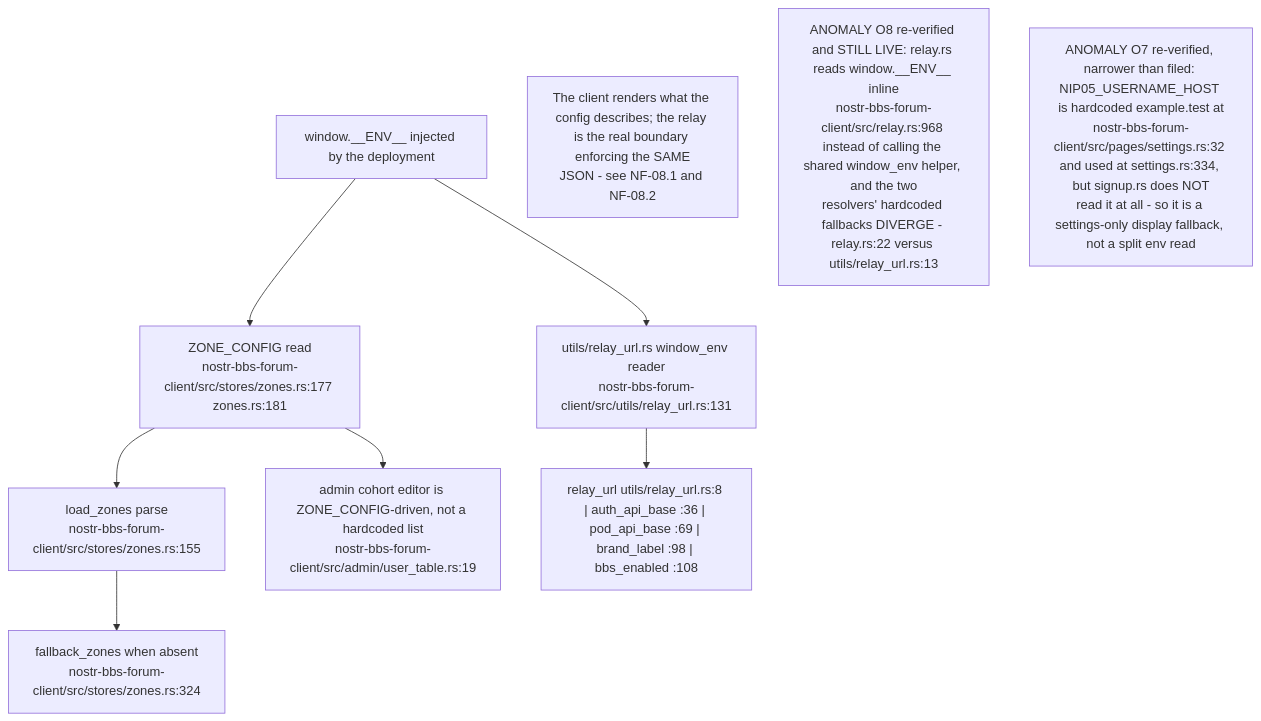
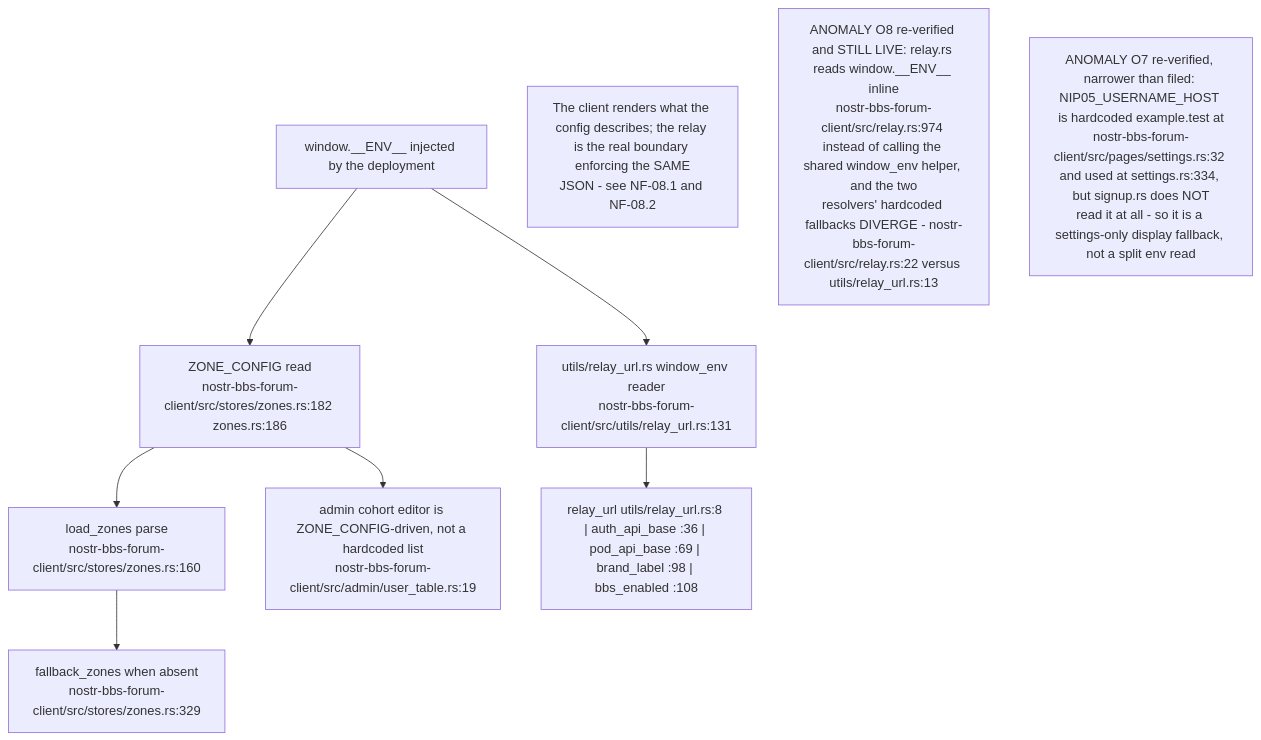
The seventh of 16 diagrams in docs/diagrams/nostr-rust-forum/05-leptos-clients-onboarding-messaging-governance.md (DreamLab-AI/VisionFlow), drawn with Mermaid before and after one commit. The commit also changed other lines of this file and 136 other files, not shown here.

First line of the commit message:
docs(diagrams): refresh the whole corpus to code HEAD and prune low-value diagrams

````diff
--- a/docs/diagrams/nostr-rust-forum/05-leptos-clients-onboarding-messaging-governance.md
+++ b/docs/diagrams/nostr-rust-forum/05-leptos-clients-onboarding-messaging-governance.md
@@ -232,18 +246,18 @@
 ```mermaid
 flowchart TB
     ENV["window.__ENV__ injected by the deployment"]
-    ZC["ZONE_CONFIG read<br/>nostr-bbs-forum-client/src/stores/zones.rs:177 zones.rs:181"]
-    LOAD["load_zones parse<br/>nostr-bbs-forum-client/src/stores/zones.rs:155"]
-    FB["fallback_zones when absent<br/>nostr-bbs-forum-client/src/stores/zones.rs:324"]
+    ZC["ZONE_CONFIG read<br/>nostr-bbs-forum-client/src/stores/zones.rs:182 zones.rs:186"]
+    LOAD["load_zones parse<br/>nostr-bbs-forum-client/src/stores/zones.rs:160"]
+    FB["fallback_zones when absent<br/>nostr-bbs-forum-client/src/stores/zones.rs:329"]
     URLS["utils/relay_url.rs window_env reader<br/>nostr-bbs-forum-client/src/utils/relay_url.rs:131"]
     R["relay_url utils/relay_url.rs:8 | auth_api_base :36 | pod_api_base :69 | brand_label :98 | bbs_enabled :108"]
     COH["admin cohort editor is ZONE_CONFIG-driven, not a hardcoded list<br/>nostr-bbs-forum-client/src/admin/user_table.rs:19"]
 
     ENV --> ZC --> LOAD --> FB
     ENV --> URLS --> R
     ZC --> COH
 
     N1["The client renders what the config describes; the relay is the real boundary enforcing the SAME<br/>JSON - see NF-08.1 and NF-08.2"]
-    N2["ANOMALY O8 re-verified and STILL LIVE: relay.rs reads window.__ENV__ inline<br/>nostr-bbs-forum-client/src/relay.rs:968 instead of calling the shared window_env helper, and the two<br/>resolvers' hardcoded fallbacks DIVERGE - relay.rs:22 versus utils/relay_url.rs:13"]
+    N2["ANOMALY O8 re-verified and STILL LIVE: relay.rs reads window.__ENV__ inline<br/>nostr-bbs-forum-client/src/relay.rs:974 instead of calling the shared window_env helper, and the two<br/>resolvers' hardcoded fallbacks DIVERGE - nostr-bbs-forum-client/src/relay.rs:22 versus utils/relay_url.rs:13"]
     N3["ANOMALY O7 re-verified, narrower than filed: NIP05_USERNAME_HOST is hardcoded example.test at<br/>nostr-bbs-forum-client/src/pages/settings.rs:32 and used at settings.rs:334, but signup.rs does NOT<br/>read it at all - so it is a settings-only display fallback, not a split env read"]
 ```
````
